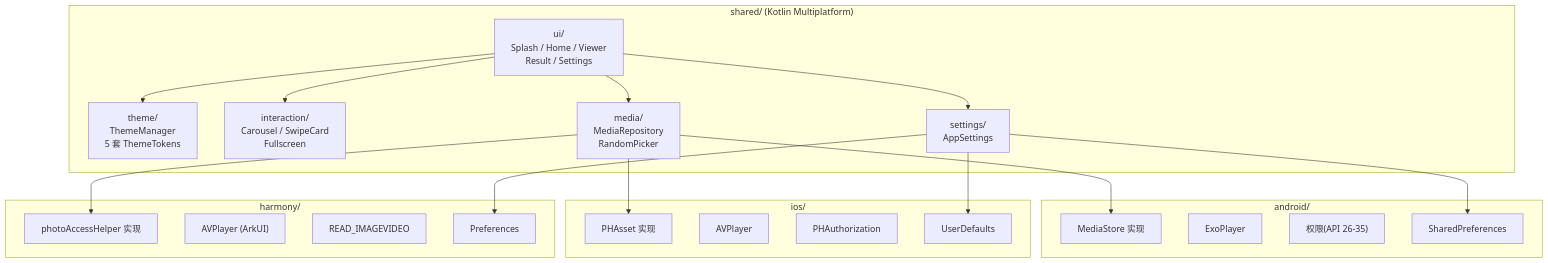
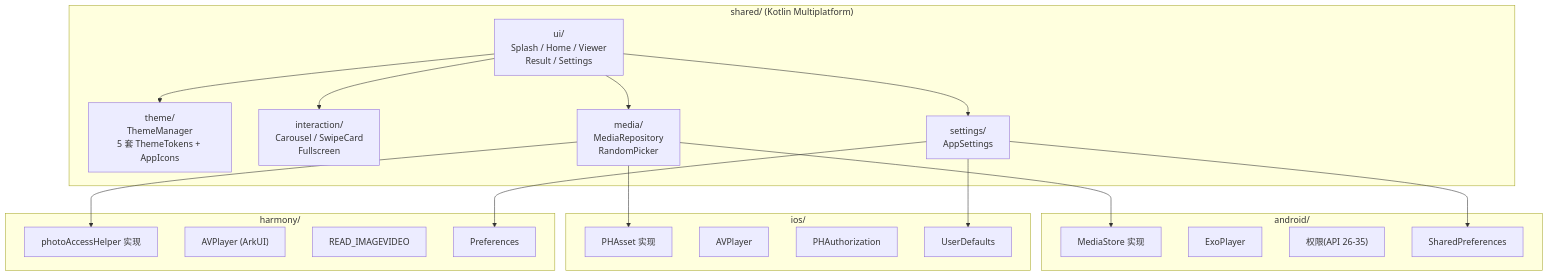
Before and after one commit to maj1999/shuashuaya: the diagram in docs/architecture/overview.md, drawn with Mermaid. The commit also changed other lines of this file and 2 other files, not shown here.

First line of the commit message:
docs: rewrite theme-system.md for v2 and sync architecture docs

````diff
--- a/docs/architecture/overview.md
+++ b/docs/architecture/overview.md
@@ -17,38 +17,38 @@
 ```mermaid
 graph TB
     subgraph "shared/ (Kotlin Multiplatform)"
         UI["ui/<br/>Splash / Home / Viewer<br/>Result / Settings"]
-        Theme["theme/<br/>ThemeManager<br/>5 套 ThemeTokens"]
+        Theme["theme/<br/>ThemeManager<br/>5 套 ThemeTokens + AppIcons"]
         Interaction["interaction/<br/>Carousel / SwipeCard<br/>Fullscreen"]
         Media["media/<br/>MediaRepository<br/>RandomPicker"]
         Settings["settings/<br/>AppSettings"]
     end
 
     subgraph "android/"
         A_Media["MediaStore 实现"]
         A_Player["ExoPlayer"]
         A_Perm["权限(API 26-35)"]
         A_Store["SharedPreferences"]
     end
 
     subgraph "ios/"
         I_Media["PHAsset 实现"]
         I_Player["AVPlayer"]
         I_Perm["PHAuthorization"]
         I_Store["UserDefaults"]
     end
 
     subgraph "harmony/"
         H_Media["photoAccessHelper 实现"]
         H_Player["AVPlayer (ArkUI)"]
         H_Perm["READ_IMAGEVIDEO"]
         H_Store["Preferences"]
     end
 
     UI --> Theme
     UI --> Interaction
     UI --> Media
     UI --> Settings
     Media --> A_Media & I_Media & H_Media
     Settings --> A_Store & I_Store & H_Store
 ```
````
